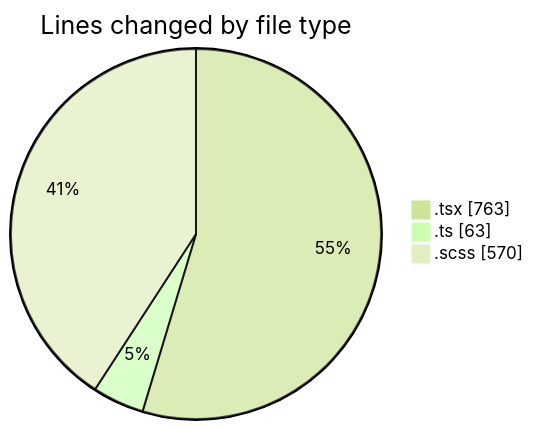
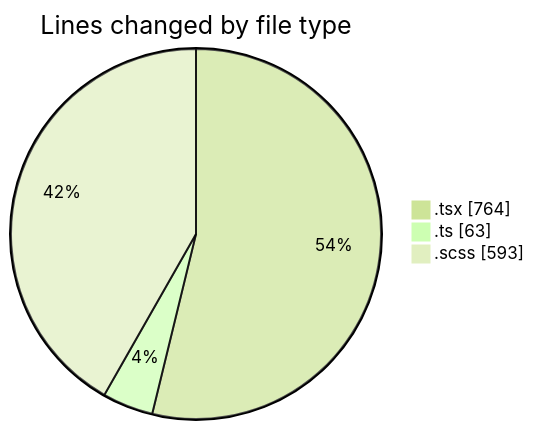
The first of 2 diagrams in 2025-04-02/cda/README.md (momahboobian/code-tracking), drawn with Mermaid (forest theme) before and after one commit. The commit also changed other lines of this file and 1 other file, not shown here.

````diff
--- a/2025-04-02/cda/README.md
+++ b/2025-04-02/cda/README.md
@@ -26,7 +26,7 @@
 ```mermaid
 pie showData
 title Lines changed by file type
-".tsx" : 763
+".tsx" : 764
 ".ts" : 63
-".scss" : 570
+".scss" : 593
 ```
````
